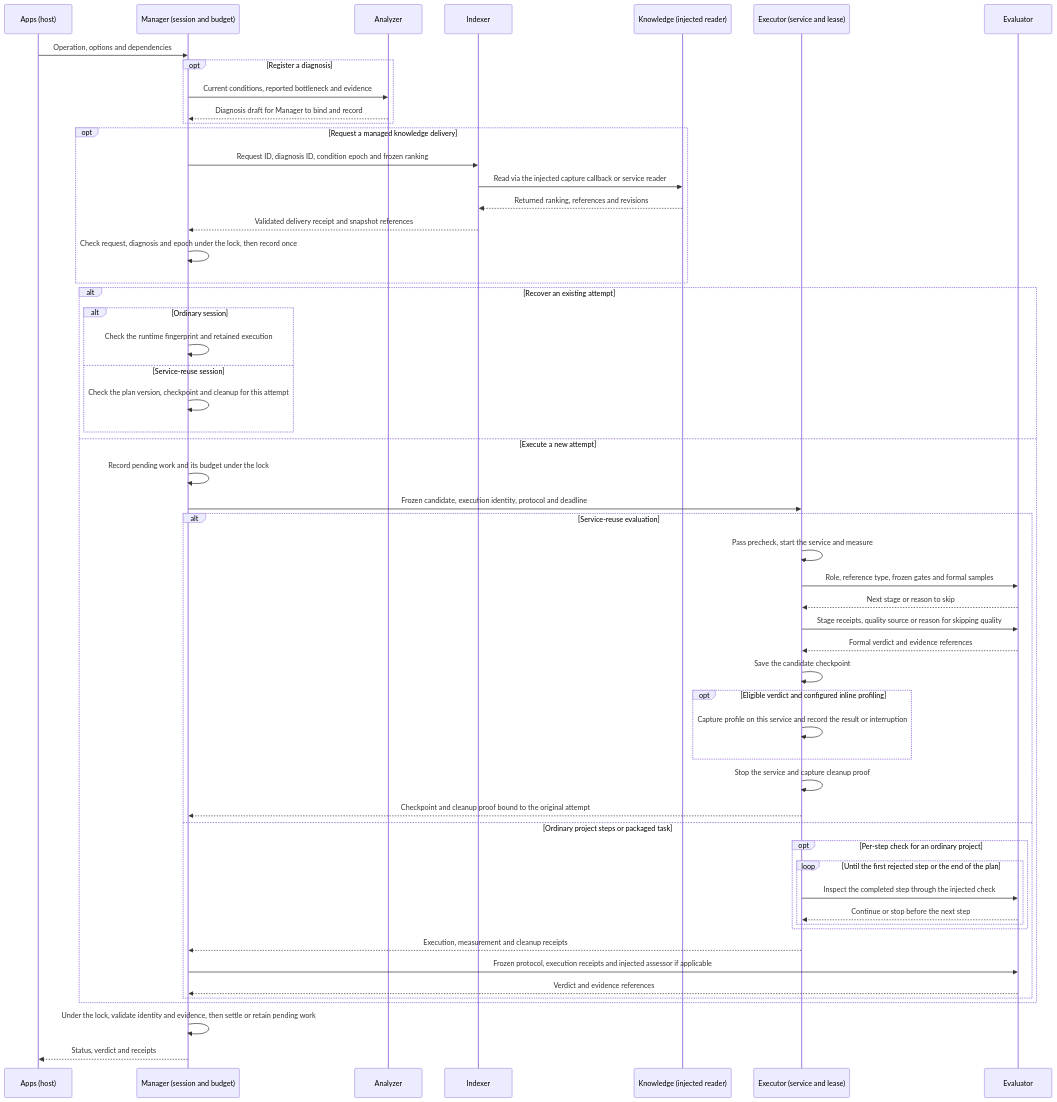
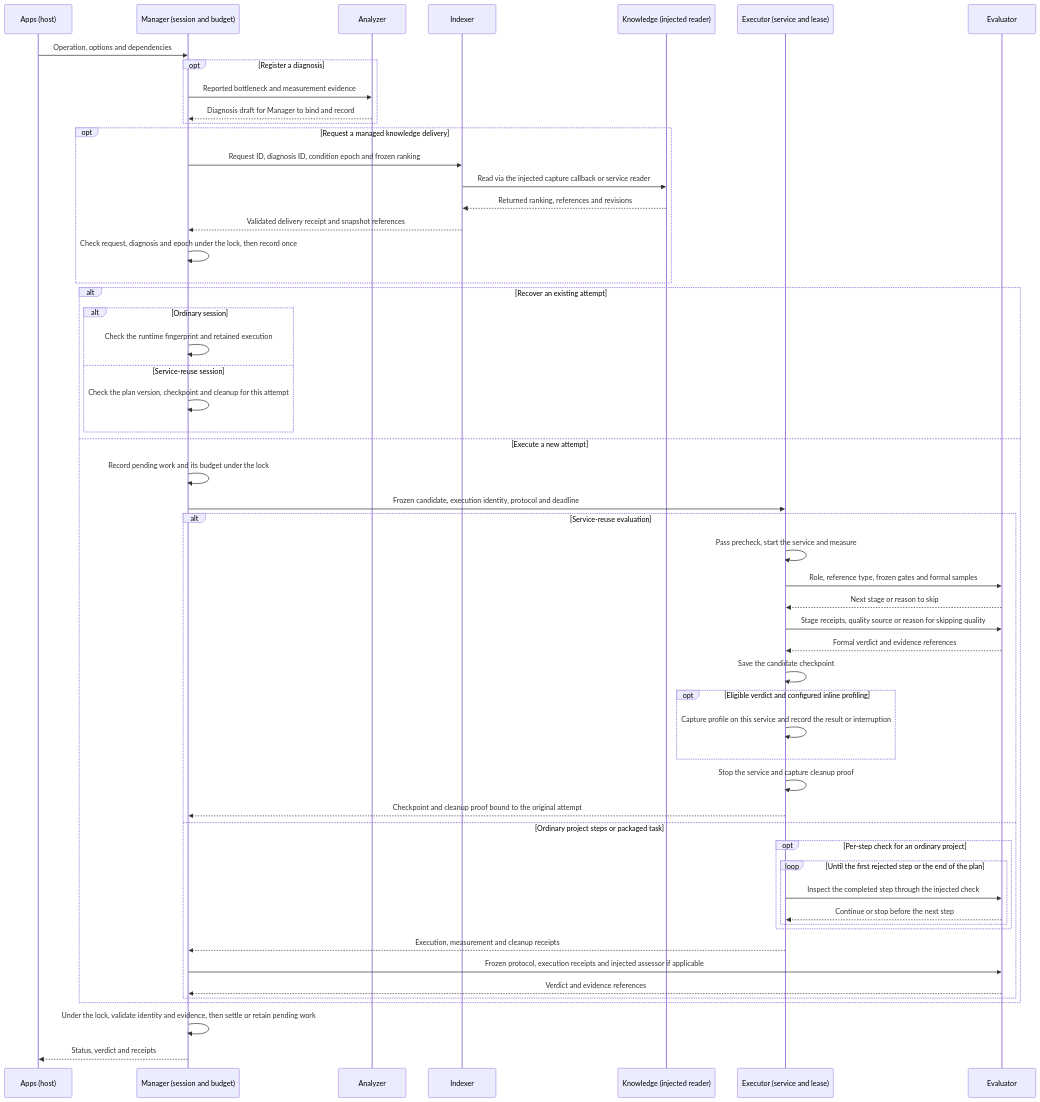
The diagram in src/inferrsi/harness/README.md (InferMatrixLab/InferRSI), drawn with Mermaid before and after one commit. The commit also changed other lines of this file and 8 other files, not shown here.

````diff
--- a/src/inferrsi/harness/README.md
+++ b/src/inferrsi/harness/README.md
@@ -71,57 +73,57 @@
 ```mermaid
 sequenceDiagram
     participant C as Apps (host)
     participant M as Manager (session and budget)
     participant A as Analyzer
     participant I as Indexer
     participant K as Knowledge (injected reader)
     participant X as Executor (service and lease)
     participant V as Evaluator
     C->>M: Operation, options and dependencies
     opt Register a diagnosis
-        M->>A: Current conditions, reported bottleneck and evidence
+        M->>A: Reported bottleneck and measurement evidence
         A-->>M: Diagnosis draft for Manager to bind and record
     end
     opt Request a managed knowledge delivery
         M->>I: Request ID, diagnosis ID, condition epoch and frozen ranking
         I->>K: Read via the injected capture callback or service reader
         K-->>I: Returned ranking, references and revisions
         I-->>M: Validated delivery receipt and snapshot references
         M->>M: Check request, diagnosis and epoch under the lock, then record once
     end
     alt Recover an existing attempt
         alt Ordinary session
             M->>M: Check the runtime fingerprint and retained execution
         else Service-reuse session
             M->>M: Check the plan version, checkpoint and cleanup for this attempt
         end
     else Execute a new attempt
         M->>M: Record pending work and its budget under the lock
         M->>X: Frozen candidate, execution identity, protocol and deadline
         alt Service-reuse evaluation
             X->>X: Pass precheck, start the service and measure
             X->>V: Role, reference type, frozen gates and formal samples
             V-->>X: Next stage or reason to skip
             X->>V: Stage receipts, quality source or reason for skipping quality
             V-->>X: Formal verdict and evidence references
             X->>X: Save the candidate checkpoint
             opt Eligible verdict and configured inline profiling
                 X->>X: Capture profile on this service and record the result or interruption
             end
             X->>X: Stop the service and capture cleanup proof
             X-->>M: Checkpoint and cleanup proof bound to the original attempt
         else Ordinary project steps or packaged task
             opt Per-step check for an ordinary project
                 loop Until the first rejected step or the end of the plan
                     X->>V: Inspect the completed step through the injected check
                     V-->>X: Continue or stop before the next step
                 end
             end
             X-->>M: Execution, measurement and cleanup receipts
             M->>V: Frozen protocol, execution receipts and injected assessor if applicable
             V-->>M: Verdict and evidence references
         end
     end
     M->>M: Under the lock, validate identity and evidence, then settle or retain pending work
     M-->>C: Status, verdict and receipts
 ```
````
